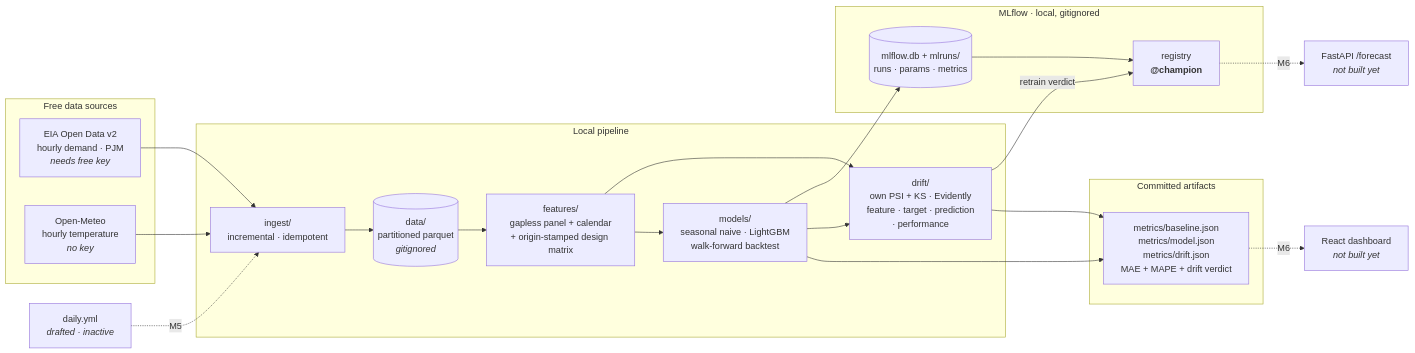
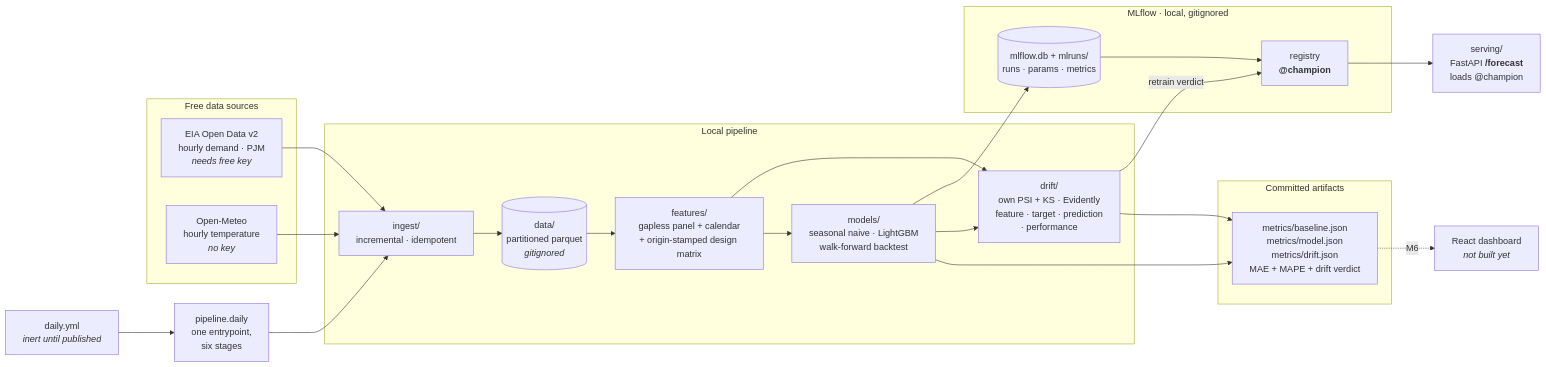
The diagram in README.md (rmonteiro-pereira/energy-forecast-drift), drawn with Mermaid before and after one commit. The commit also changed other lines of this file and 24 other files, not shown here.

````diff
--- a/README.md
+++ b/README.md
@@ -38,36 +39,37 @@
 ```mermaid
 flowchart LR
     subgraph sources["Free data sources"]
         EIA["EIA Open Data v2<br/>hourly demand · PJM<br/><i>needs free key</i>"]
         OM["Open-Meteo<br/>hourly temperature<br/><i>no key</i>"]
     end
 
     subgraph pipeline["Local pipeline"]
         ING["ingest/<br/>incremental · idempotent"]
         LAKE[("data/<br/>partitioned parquet<br/><i>gitignored</i>")]
         FEAT["features/<br/>gapless panel + calendar<br/>+ origin-stamped design matrix"]
         MODEL["models/<br/>seasonal naive · LightGBM<br/>walk-forward backtest"]
         DRIFT["drift/<br/>own PSI + KS · Evidently<br/>feature · target · prediction<br/>· performance"]
     end
 
     subgraph mlops["MLflow · local, gitignored"]
         TRACK[("mlflow.db + mlruns/<br/>runs · params · metrics")]
         REG["registry<br/><b>@champion</b>"]
     end
 
     subgraph published["Committed artifacts"]
         METRICS["metrics/baseline.json<br/>metrics/model.json<br/>metrics/drift.json<br/>MAE + MAPE + drift verdict"]
     end
 
     EIA --> ING
     OM --> ING
     ING --> LAKE --> FEAT --> MODEL --> METRICS
     FEAT --> DRIFT --> METRICS
     MODEL --> DRIFT
     MODEL --> TRACK --> REG
     DRIFT -->|"retrain verdict"| REG
-    REG -.->|"M6"| SERVE["FastAPI /forecast<br/><i>not built yet</i>"]
+    REG --> SERVE["serving/<br/>FastAPI <b>/forecast</b><br/>loads @champion"]
 
-    CRON["daily.yml<br/><i>drafted · inactive</i>"] -.->|"M5"| ING
+    CRON["daily.yml<br/><i>inert until published</i>"] --> PIPE["pipeline.daily<br/>one entrypoint,<br/>six stages"]
+    PIPE --> ING
     METRICS -.->|"M6"| DASH["React dashboard<br/><i>not built yet</i>"]
 ```
````
